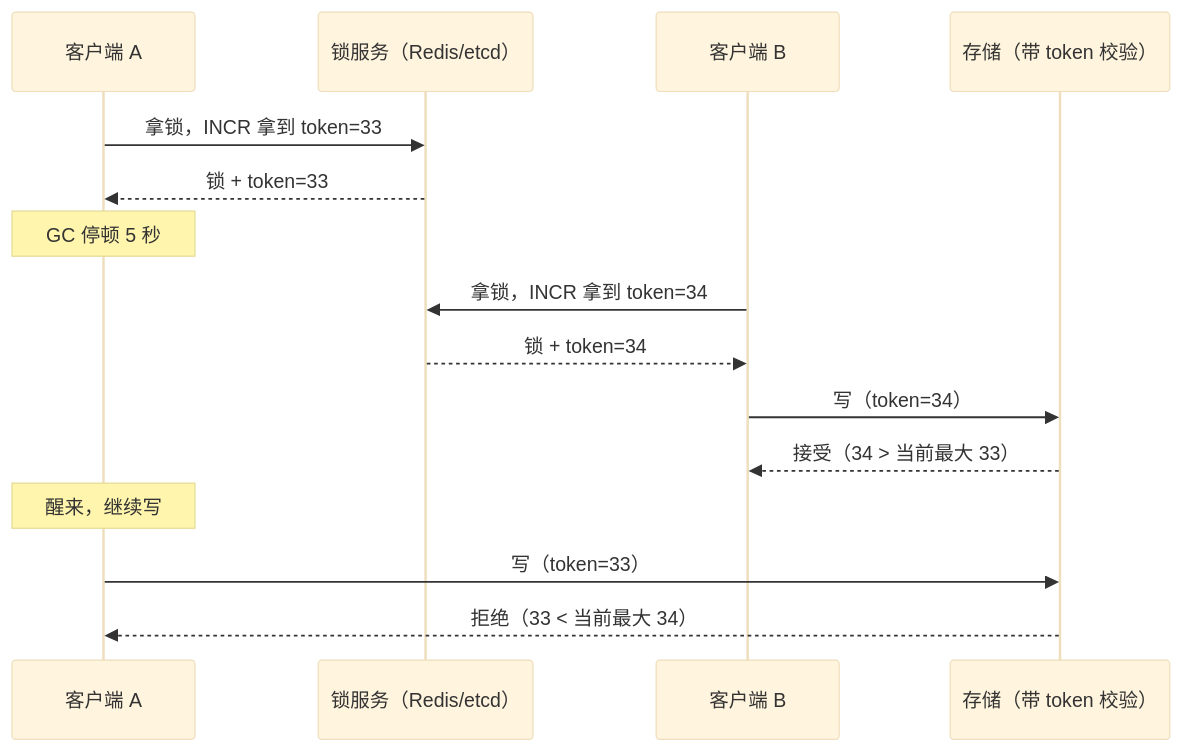
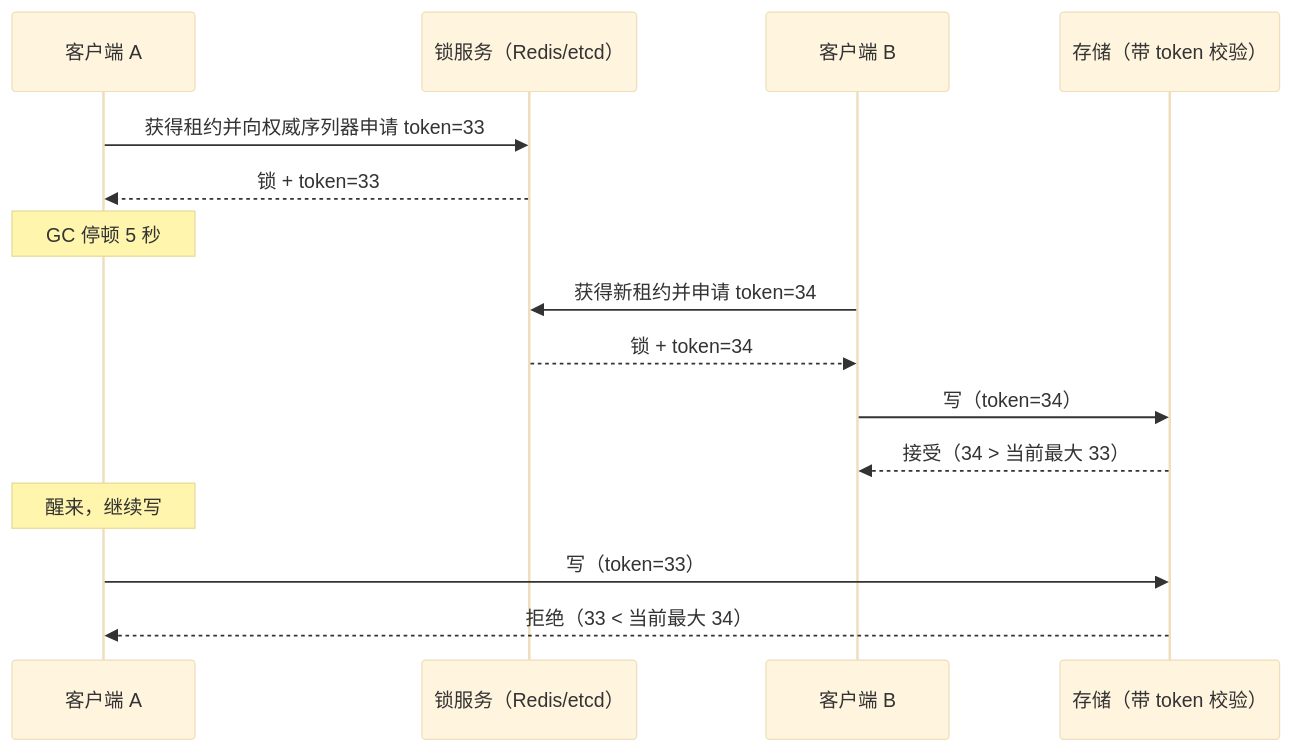
The second of 2 diagrams in content/posts/distributed-lock-fence-lease.md (MoreConsequence/MoreConsequence.github.io), drawn with Mermaid (base theme) before and after one commit. The commit also changed other lines of this file and 263 other files, not shown here.

````diff
--- a/content/posts/distributed-lock-fence-lease.md
+++ b/content/posts/distributed-lock-fence-lease.md
@@ -85,18 +85,18 @@
 ```mermaid
 sequenceDiagram
     participant A as 客户端 A
     participant L as 锁服务（Redis/etcd）
     participant B as 客户端 B
     participant S as 存储（带 token 校验）
 
-    A->>L: 拿锁，INCR 拿到 token=33
+    A->>L: 获得租约并向权威序列器申请 token=33
     L-->>A: 锁 + token=33
     Note over A: GC 停顿 5 秒
-    B->>L: 拿锁，INCR 拿到 token=34
+    B->>L: 获得新租约并申请 token=34
     L-->>B: 锁 + token=34
     B->>S: 写（token=34）
     S-->>B: 接受（34 > 当前最大 33）
     Note over A: 醒来，继续写
     A->>S: 写（token=33）
     S-->>A: 拒绝（33 < 当前最大 34）
 ```
````
